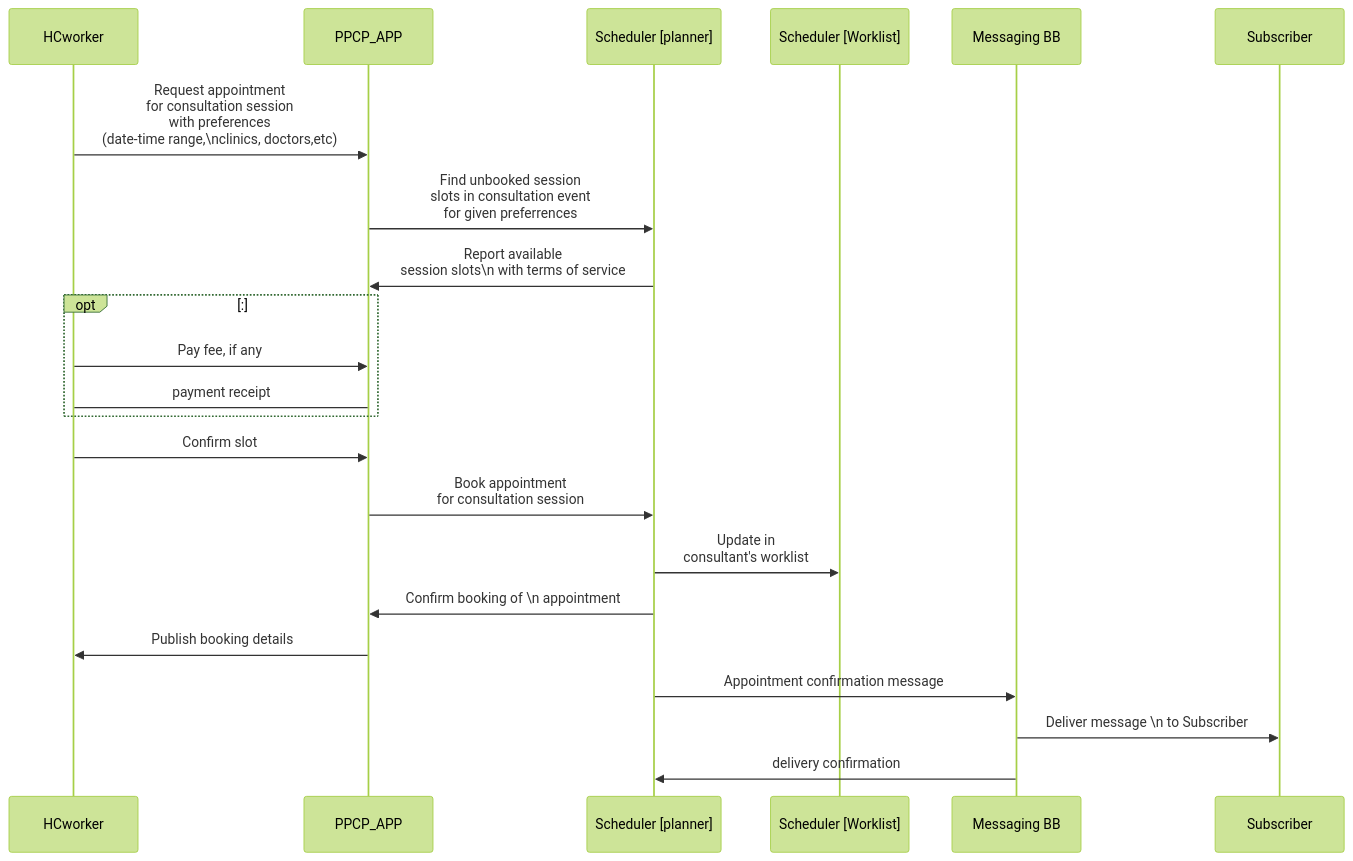
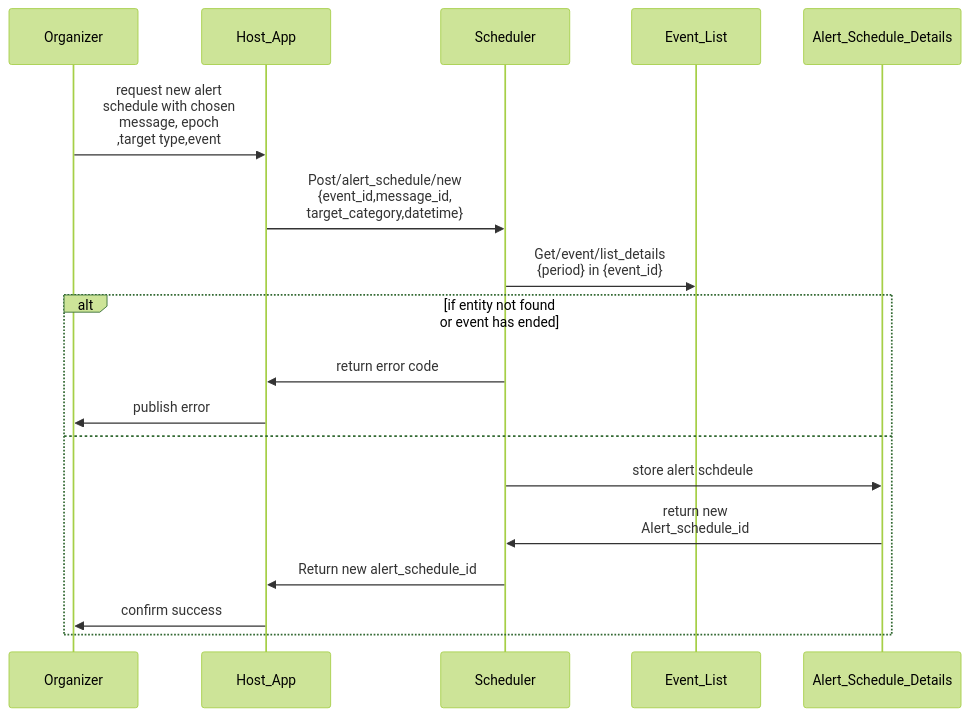
The eighth of 15 diagrams in spec/9-workflows.md (GovStackWorkingGroup/scheduler), drawn with Mermaid (forest theme) before and after one commit. The commit also changed other lines of this file and 31 other files, not shown here.

````diff
--- a/spec/9-workflows.md
+++ b/spec/9-workflows.md
@@ -51,19 +209,15 @@
 ```mermaid
 sequenceDiagram
-
-HCworker->>PPCP_APP: Request appointment<br />for consultation session<br /> with preferences<br />(date-time range,\nclinics, doctors,etc)
-PPCP_APP->>Scheduler [planner]: Find unbooked session<br />slots in consultation event<br />for given preferrences
-Scheduler [planner]->>PPCP_APP: Report available<br />session slots\n with terms of service
-opt: 
-    HCworker ->>PPCP_APP:Pay fee, if any
-    PPCP_APP->HCworker:payment receipt 
+Organizer->>Host_App: request new alert <br>schedule with chosen<br> message, epoch<br>,target type,event 
+Host_App->>Scheduler:Post/alert_schedule/new<br>{event_id,message_id,<br>target_category,datetime}
+Scheduler->>Event_List: Get/event/list_details<br>{period} in {event_id}
+alt if entity not found<br> or event has ended
+  Scheduler->>Host_App: return error code
+  Host_App->>Organizer: publish error
+else
+Scheduler->> Alert_Schedule_Details: store alert schdeule
+Alert_Schedule_Details->>Scheduler: return new<br> Alert_schedule_id
+Scheduler->>Host_App:Return new alert_schedule_id
+Host_App->>Organizer: confirm success
 end
-HCworker->>PPCP_APP:Confirm slot 
-PPCP_APP->>Scheduler [planner]: Book appointment<br />for consultation session 
-Scheduler [planner]->>Scheduler [Worklist]: Update in<br />consultant's worklist
-Scheduler [planner]->>PPCP_APP:Confirm booking of \n appointment
-PPCP_APP->>HCworker:Publish booking details 
-Scheduler [planner]->>Messaging BB: Appointment confirmation message
-Messaging BB->>Subscriber: Deliver message \n to Subscriber
-Messaging BB->>Scheduler [planner]: delivery confirmation
 ```
````
